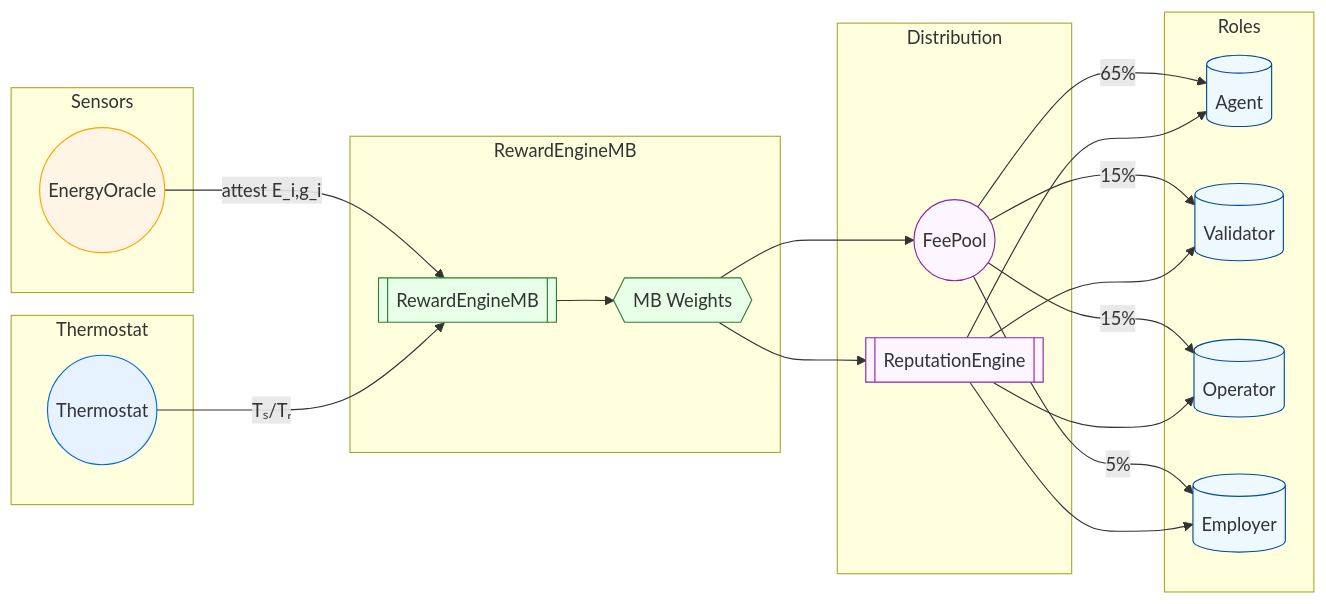
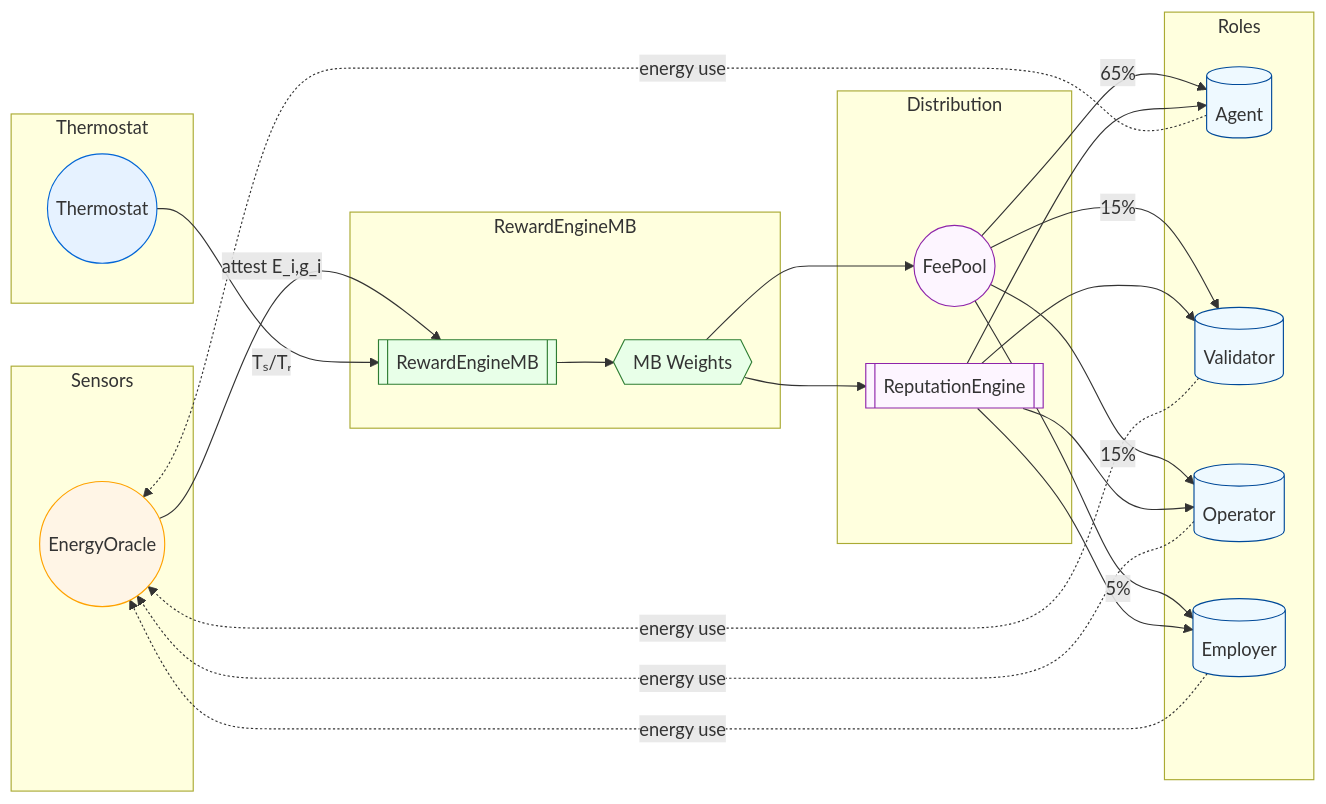
The first of 2 diagrams in docs/universal-platform-incentive-architecture.md (MontrealAI/AGIJobsv0), drawn with Mermaid before and after one commit. The commit also changed 1 other file, not shown here.

Commit message:
docs: visualise reward engine flows

````diff
--- a/docs/universal-platform-incentive-architecture.md
+++ b/docs/universal-platform-incentive-architecture.md
@@ -32,49 +32,54 @@
 ```mermaid
 flowchart LR
     subgraph Inputs["Sensors"]
         EO((EnergyOracle))
     end
     subgraph Control["Thermostat"]
         TH((Thermostat))
     end
     subgraph Engine["RewardEngineMB"]
         RE[[RewardEngineMB]]
         MB{{MB Weights}}
     end
     subgraph Outputs["Distribution"]
         FP((FeePool))
         REP[[ReputationEngine]]
     end
     subgraph Roles
         A[(Agent)]
         V[(Validator)]
         O[(Operator)]
         E[(Employer)]
     end
+
+    A -. "energy use" .-> EO
+    V -. "energy use" .-> EO
+    O -. "energy use" .-> EO
+    E -. "energy use" .-> EO
 
     EO -- "attest E_i,g_i" --> RE
     TH -- "Tₛ/Tᵣ" --> RE
     RE --> MB
     MB --> FP
     MB --> REP
     FP -->|65%| A
     FP -->|15%| V
     FP -->|15%| O
     FP -->|5%| E
     REP --> A
     REP --> V
     REP --> O
     REP --> E
 
     classDef meas fill:#fff5e6,stroke:#ffa200,stroke-width:1px;
     classDef ctrl fill:#e6f2ff,stroke:#0366d6,stroke-width:1px;
     classDef engine fill:#e8ffe8,stroke:#2e7d32,stroke-width:1px;
     classDef out fill:#fdf5ff,stroke:#8e24aa,stroke-width:1px;
     classDef roles fill:#eef9ff,stroke:#004a99,stroke-width:1px;
 
     class EO meas;
     class TH ctrl;
     class RE,MB engine;
     class FP,REP out;
     class A,V,O,E roles;
 ```
````
